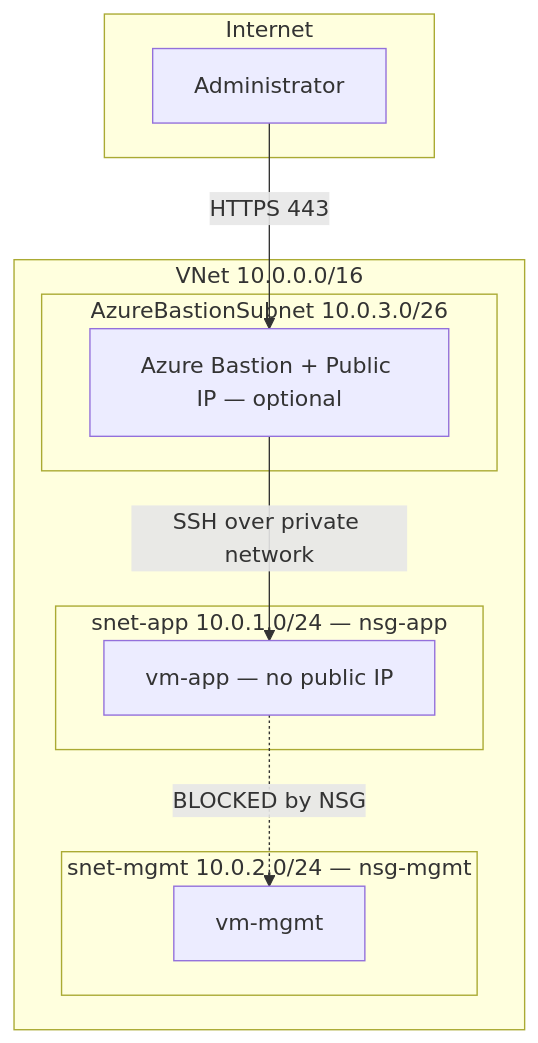
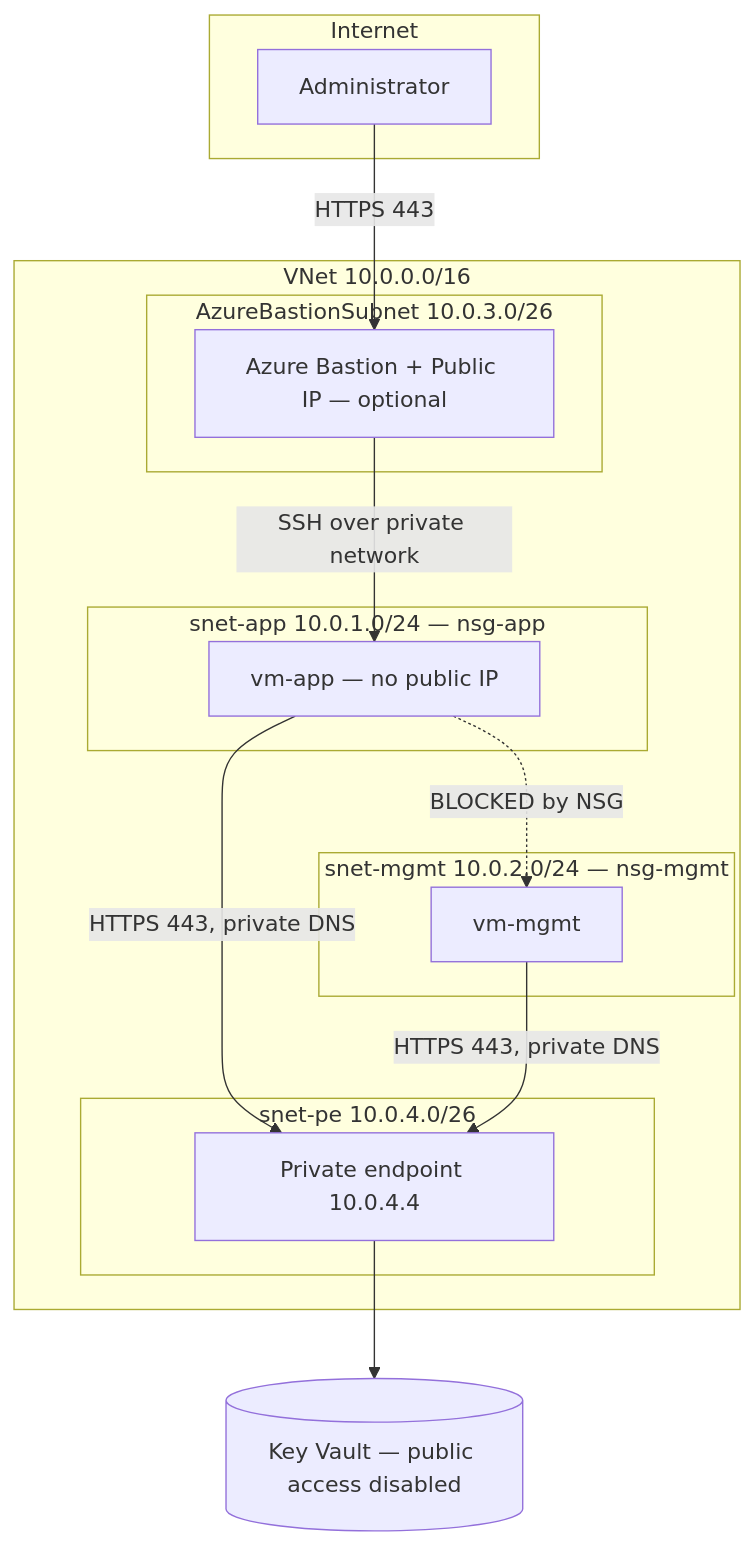
One commit to jeromendezb/azure-securenet-foundation changed the diagram in README.md. Above: the diagram before and after it, drawn with Mermaid. The commit also changed other lines of this file and 4 other files, not shown here.

Commit message:
feat: isolate Key Vault behind a private endpoint (#15)

````diff
--- a/README.md
+++ b/README.md
@@ -23,20 +23,27 @@
 ```mermaid
 graph TB
     subgraph Internet
         ADM[Administrator]
     end
     subgraph VNet["VNet 10.0.0.0/16"]
         subgraph BAS["AzureBastionSubnet 10.0.3.0/26"]
             B[Azure Bastion + Public IP — optional]
         end
         subgraph APP["snet-app 10.0.1.0/24 — nsg-app"]
             VM[vm-app — no public IP]
         end
         subgraph MGMT["snet-mgmt 10.0.2.0/24 — nsg-mgmt"]
             M[vm-mgmt]
         end
+        subgraph PE["snet-pe 10.0.4.0/26"]
+            P[Private endpoint 10.0.4.4]
+        end
     end
+    KV[(Key Vault — public access disabled)]
     ADM -->|HTTPS 443| B
     B -->|SSH over private network| VM
     VM -.->|BLOCKED by NSG| M
+    VM -->|HTTPS 443, private DNS| P
+    M -->|HTTPS 443, private DNS| P
+    P --> KV
 ```
````
